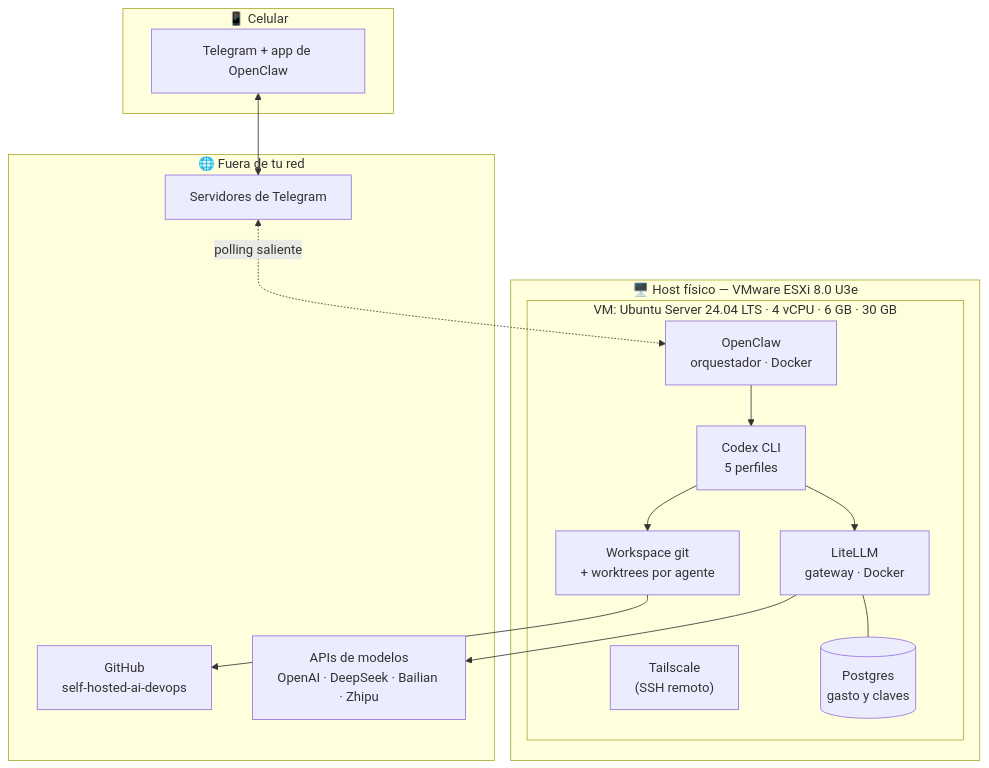
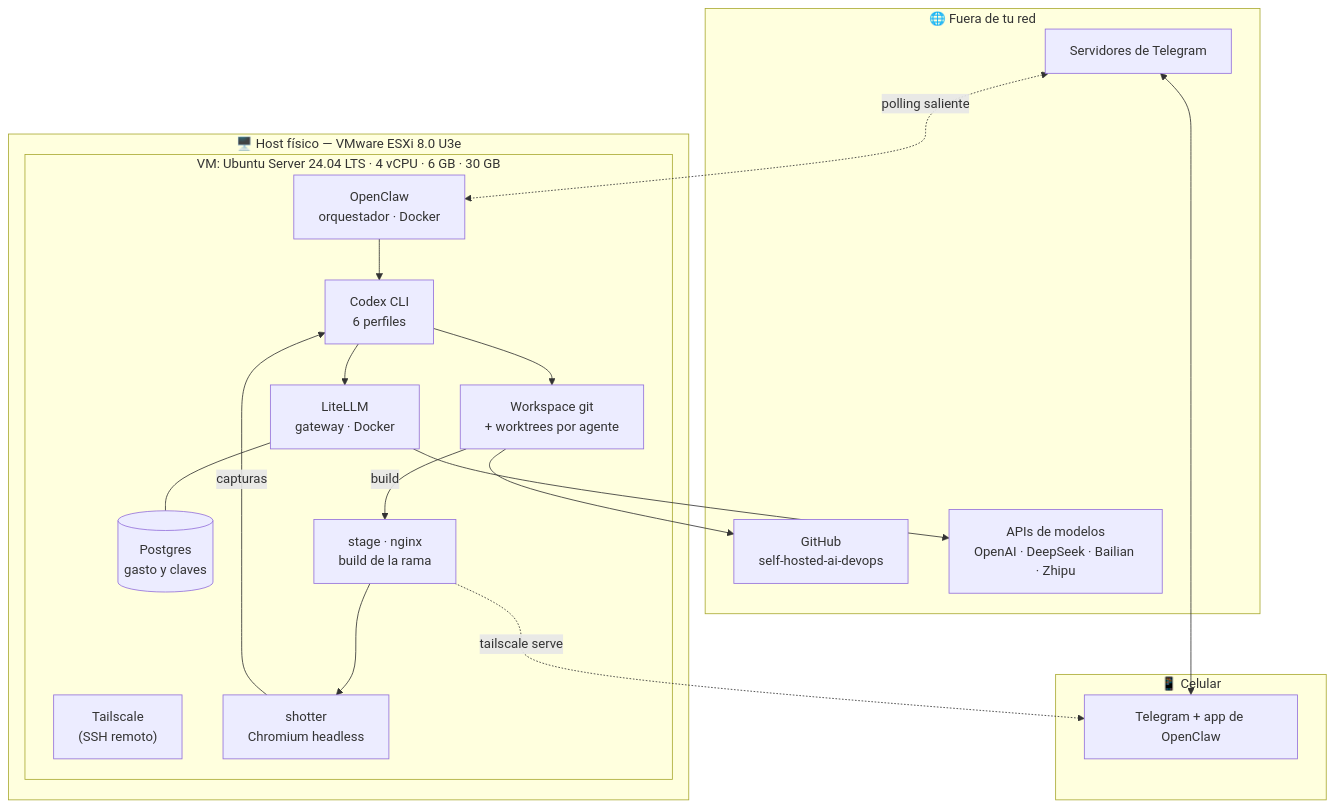
Before and after one commit to marksato13/self-hosted-ai-devops: the first of 4 diagrams in docs/arquitectura.md, drawn with Mermaid. The commit also changed other lines of this file and 5 other files, not shown here.

````diff
--- a/docs/arquitectura.md
+++ b/docs/arquitectura.md
@@ -9,32 +9,38 @@
 ```mermaid
 flowchart TB
     subgraph EXT["🌐 Fuera de tu red"]
         TG["Servidores de Telegram"]
         GH["GitHub<br/>self-hosted-ai-devops"]
         API["APIs de modelos<br/>OpenAI · DeepSeek · Bailian · Zhipu"]
     end
 
     subgraph CEL["📱 Celular"]
         APP["Telegram + app de OpenClaw"]
     end
 
     subgraph HOST["🖥️ Host físico — VMware ESXi 8.0 U3e"]
         subgraph VM["VM: Ubuntu Server 24.04 LTS · 4 vCPU · 6 GB · 30 GB"]
             TS["Tailscale<br/>(SSH remoto)"]
             OC["OpenClaw<br/>orquestador · Docker"]
             LL["LiteLLM<br/>gateway · Docker"]
             PG[("Postgres<br/>gasto y claves")]
-            CX["Codex CLI<br/>5 perfiles"]
+            CX["Codex CLI<br/>6 perfiles"]
             WS["Workspace git<br/>+ worktrees por agente"]
+            ST["stage · nginx<br/>build de la rama"]
+            SH["shotter<br/>Chromium headless"]
             OC --> CX
             CX --> LL
             LL --- PG
             CX --> WS
+            WS -->|build| ST
+            ST --> SH
+            SH -->|capturas| CX
         end
     end
 
     APP <--> TG
     TG <-.->|polling saliente| OC
     LL --> API
     WS --> GH
+    ST -.->|tailscale serve| APP
 ```
````
